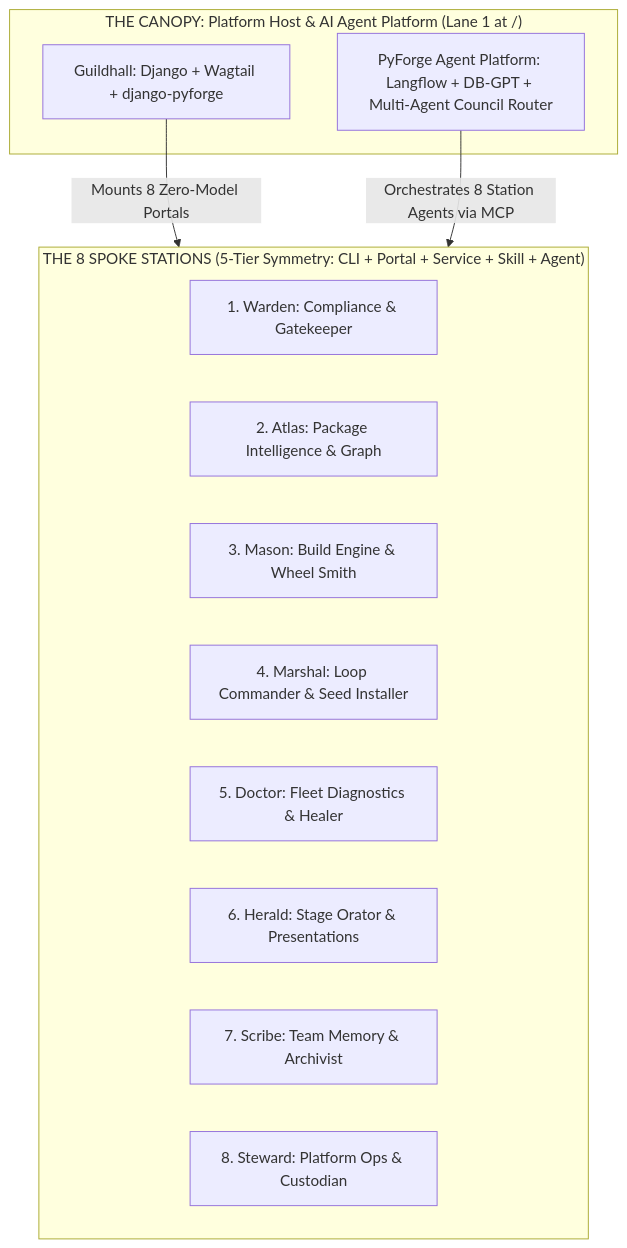
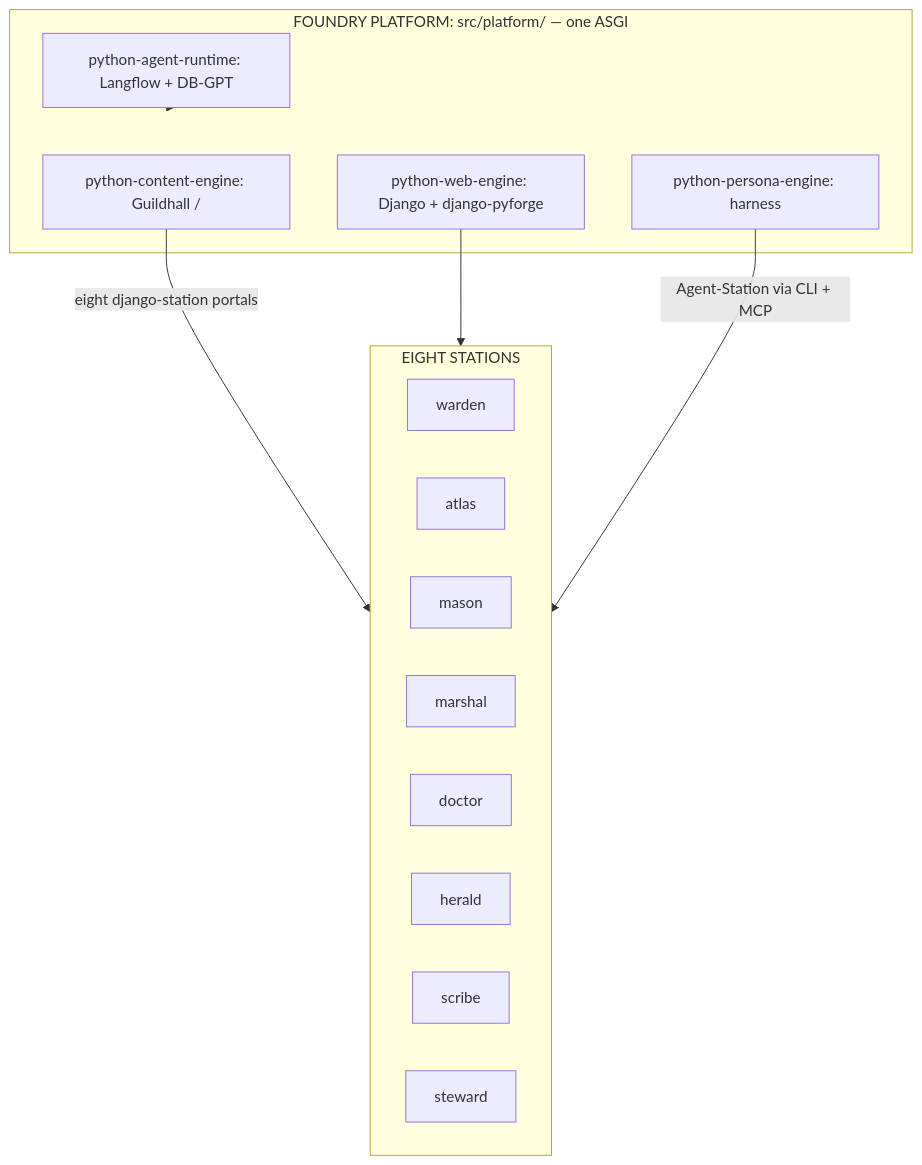
Diagram 13 of 13 in docs/dreams/pyforge-unifying-strategy.md (rxm7706/local-recipes), drawn with Mermaid before and after one commit. The commit also changed other lines of this file and 18 other files, not shown here.

First line of the commit message:
Fold foundry tree, names, and fleet conventions into the Unifying Strategy Dream.

````diff
--- a/docs/dreams/pyforge-unifying-strategy.md
+++ b/docs/dreams/pyforge-unifying-strategy.md
@@ -1697,21 +1732,25 @@
 ```mermaid
 graph TD
-    subgraph Canopy["THE CANOPY: Platform Host & AI Agent Platform (Lane 1 at /)"]
-        Guildhall["Guildhall: Django + Wagtail + django-pyforge"]
-        AgentPlatform["PyForge Agent Platform: Langflow + DB-GPT + Multi-Agent Council Router"]
+    subgraph Mount["FOUNDRY PLATFORM: src/platform/ — one ASGI"]
+        Guildhall["python-content-engine: Guildhall /"]
+        Web["python-web-engine: Django + django-pyforge"]
+        Persona["python-persona-engine: harness"]
+        Runtime["python-agent-runtime: Langflow + DB-GPT"]
     end
 
-    subgraph Spokes["THE 8 SPOKE STATIONS (5-Tier Symmetry: CLI + Portal + Service + Skill + Agent)"]
-        S1["1. Warden: Compliance & Gatekeeper"]
-        S2["2. Atlas: Package Intelligence & Graph"]
-        S3["3. Mason: Build Engine & Wheel Smith"]
-        S4["4. Marshal: Loop Commander & Seed Installer"]
-        S5["5. Doctor: Fleet Diagnostics & Healer"]
-        S6["6. Herald: Stage Orator & Presentations"]
-        S7["7. Scribe: Team Memory & Archivist"]
-        S8["8. Steward: Platform Ops & Custodian"]
+    subgraph Spokes["EIGHT STATIONS"]
+        S1["warden"]
+        S2["atlas"]
+        S3["mason"]
+        S4["marshal"]
+        S5["doctor"]
+        S6["herald"]
+        S7["scribe"]
+        S8["steward"]
     end
 
-    Guildhall -->|"Mounts 8 Zero-Model Portals"| Spokes
-    AgentPlatform -->|"Orchestrates 8 Station Agents via MCP"| Spokes
+    Guildhall -->|"eight django-station portals"| Spokes
+    Web --> Spokes
+    Persona -->|"Agent-Station via CLI + MCP"| Spokes
+    Runtime --> Mount
 ```
````
